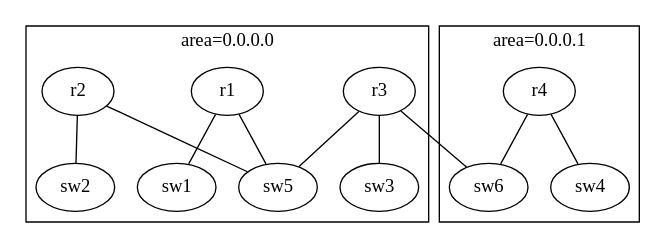
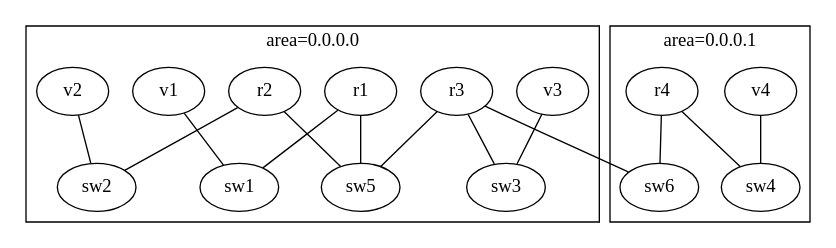
One commit to cpflat/dot2net changed the diagram in example/ospf6_topo1/ospf.dot. Above: the diagram before and after it, drawn with Graphviz. The commit also changed 16 other files, not shown here.

```diff
--- a/example/ospf6_topo1/ospf.dot
+++ b/example/ospf6_topo1/ospf.dot
@@ -1,31 +1,40 @@
 digraph  {
 
 	subgraph cluster1 {
 		label="area=0.0.0.0";
 		r1[class="router"];
 		r2[class="router"];
 		r3[class="router"];
 		sw1[class="switch"];
 		sw2[class="switch"];
 		sw3[class="switch"];
 		sw5[class="switch"];
+		v1[class="vrouter; stubnet=fc00:1111:1111:1111::/64"];
+		v2[class="vrouter; stubnet=fc00:2222:2222:2222::/64"];
+		v3[class="vrouter; stubnet=fc00:3333:3333:3333::/64"];
 	}
 
 	subgraph cluster2 {
 		label="area=0.0.0.1";
 		r4[class="router"];
 		sw4[class="switch"];
 		sw6[class="switch"];
+		v4[class="vrouter; stubnet=fc00:4444:4444:4444::/64"];
 	}
 
 	r1->sw5[dir="none"];
 	r2->sw5[dir="none"];
 	r3->sw5[dir="none"];
 	r3->sw6[dir="none"];
 	r4->sw6[dir="none"];
 
-	r1->sw1[dir="none", class="to_stub; stubnet=fc00:1111:1111:1111::/64"];
-	r2->sw2[dir="none", class="to_stub; stubnet=fc00:2222:2222:2222::/64"];
-	r3->sw3[dir="none", class="to_stub; stubnet=fc00:3333:3333:3333::/64"];
-	r4->sw4[dir="none", class="to_stub; stubnet=fc00:4444:4444:4444::/64"];
+	r1->sw1[dir="none", class="to_stub"];
+	r2->sw2[dir="none", class="to_stub"];
+	r3->sw3[dir="none", class="to_stub"];
+	r4->sw4[dir="none", class="to_stub"];
+
+	v1->sw1[dir="none", class="vlink"];
+	v2->sw2[dir="none", class="vlink"];
+	v3->sw3[dir="none", class="vlink"];
+	v4->sw4[dir="none", class="vlink"];
 }
```
